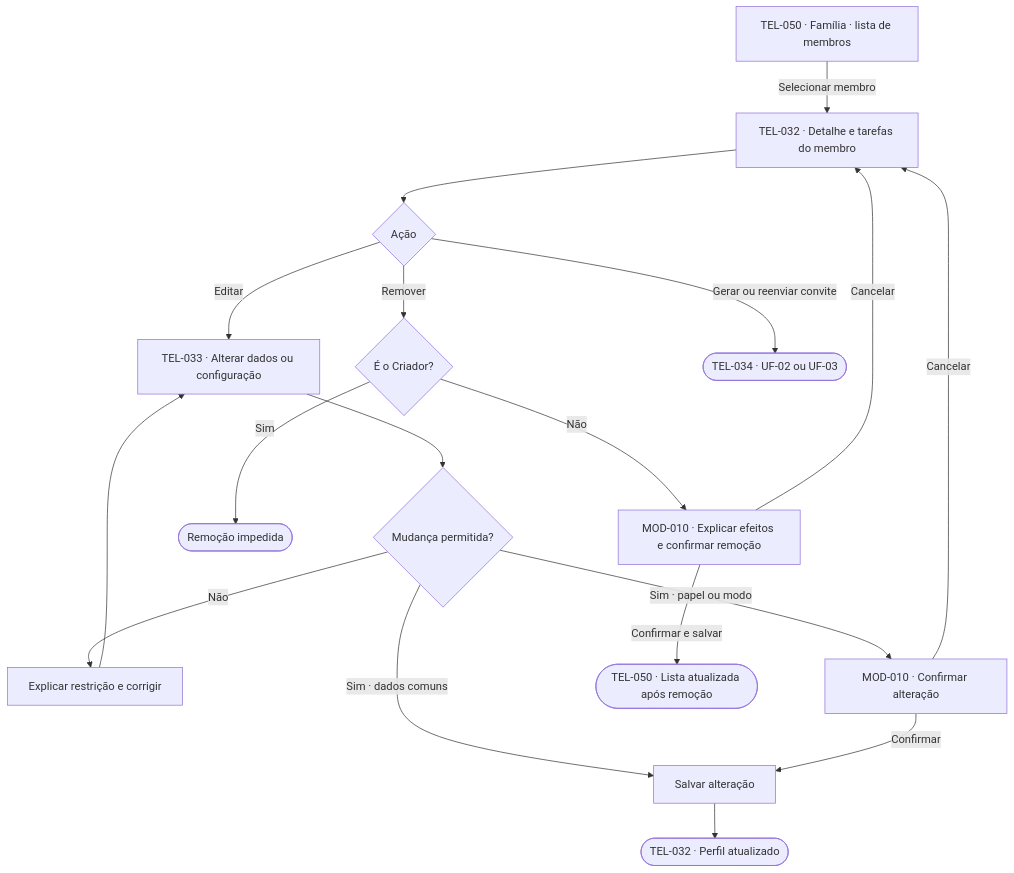
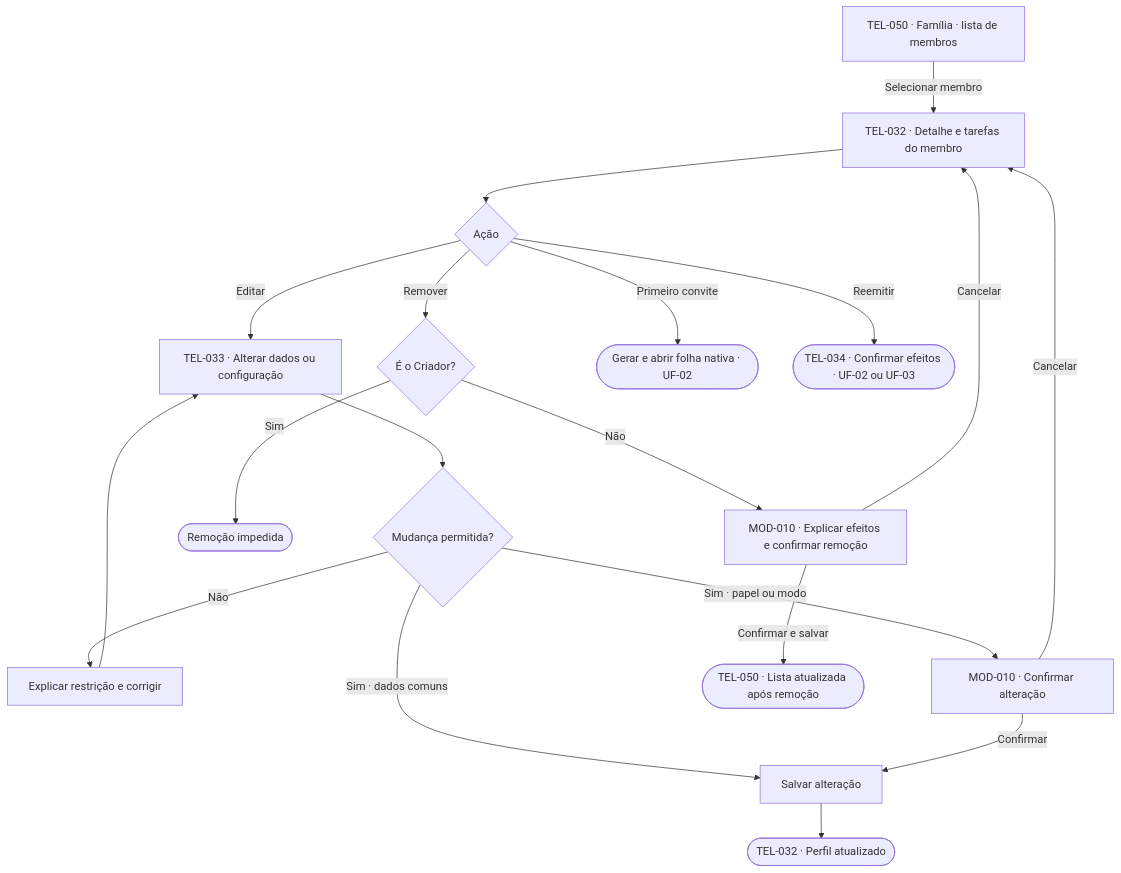
Before and after one commit to lizandramalta/App-Rotina-Familiar: diagram 12 of 16 in docs/design/user-flows.md, drawn with Mermaid. The commit also changed other lines of this file and 24 other files, not shown here.

````diff
--- a/docs/design/user-flows.md
+++ b/docs/design/user-flows.md
@@ -452,20 +460,21 @@
 ```mermaid
 flowchart TD
     A["TEL-050 · Família · lista de membros"] -->|Selecionar membro| C["TEL-032 · Detalhe e tarefas do membro"]
     C --> D{"Ação"}
     D -->|Editar| E["TEL-033 · Alterar dados ou configuração"]
     E --> F{"Mudança permitida?"}
     F -->|Não| G["Explicar restrição e corrigir"]
     G --> E
     F -->|Sim · dados comuns| H["Salvar alteração"]
     F -->|Sim · papel ou modo| I["MOD-010 · Confirmar alteração"]
     I -->|Confirmar| H
     I -->|Cancelar| C
     H --> J(["TEL-032 · Perfil atualizado"])
     D -->|Remover| K{"É o Criador?"}
     K -->|Sim| L(["Remoção impedida"])
     K -->|Não| M["MOD-010 · Explicar efeitos e confirmar remoção"]
     M -->|Cancelar| C
     M -->|Confirmar e salvar| N(["TEL-050 · Lista atualizada após remoção"])
-    D -->|Gerar ou reenviar convite| O(["TEL-034 · UF-02 ou UF-03"])
+    D -->|Primeiro convite| O(["Gerar e abrir folha nativa · UF-02"])
+    D -->|Reemitir| P(["TEL-034 · Confirmar efeitos · UF-02 ou UF-03"])
 ```
````
